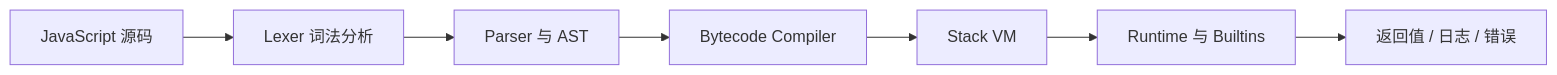
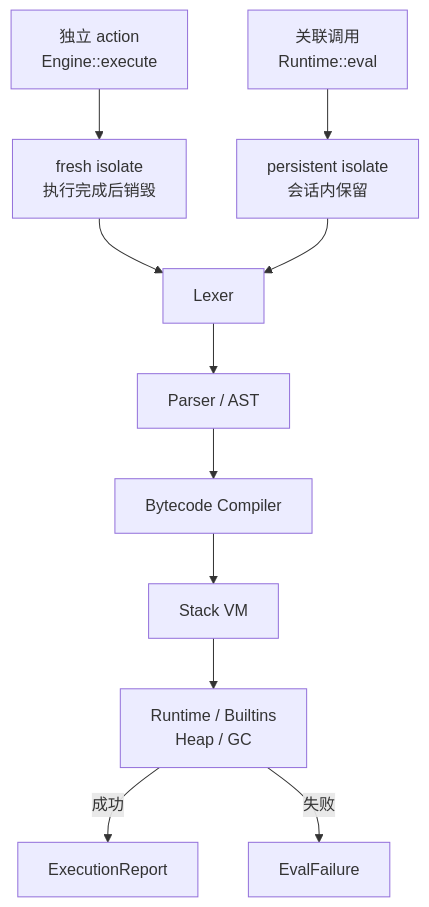
The first of 9 diagrams in docs/agentjs-experiment-report.md (ChaiXinran/CSCC-proj2), drawn with Mermaid before and after one commit. The commit also changed other lines of this file and 8 other files, not shown here.

````diff
--- a/docs/agentjs-experiment-report.md
+++ b/docs/agentjs-experiment-report.md
@@ -72,9 +53,14 @@
 ```mermaid
-flowchart LR
-    A[JavaScript 源码] --> B[Lexer 词法分析]
-    B --> C[Parser 与 AST]
-    C --> D[Bytecode Compiler]
-    D --> E[Stack VM]
-    E --> F[Runtime 与 Builtins]
-    F --> G[返回值 / 日志 / 错误]
+flowchart TB
+    A["独立 action<br/>Engine::execute"] --> C["fresh isolate<br/>执行完成后销毁"]
+    B["关联调用<br/>Runtime::eval"] --> D["persistent isolate<br/>会话内保留"]
+
+    C --> E["Lexer"]
+    D --> E
+    E --> F["Parser / AST"]
+    F --> G["Bytecode Compiler"]
+    G --> H["Stack VM"]
+    H --> I["Runtime / Builtins<br/>Heap / GC"]
+    I -->|"成功"| J["ExecutionReport"]
+    I -->|"失败"| K["EvalFailure"]
 ```
````
